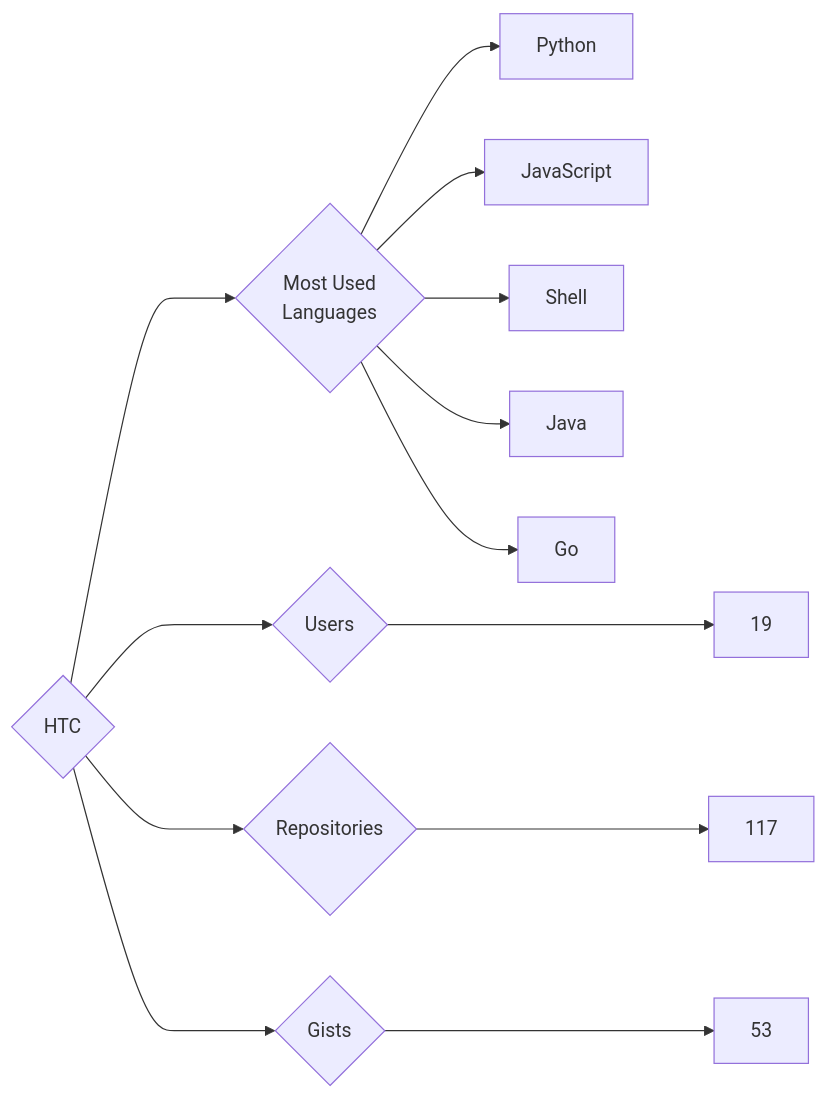
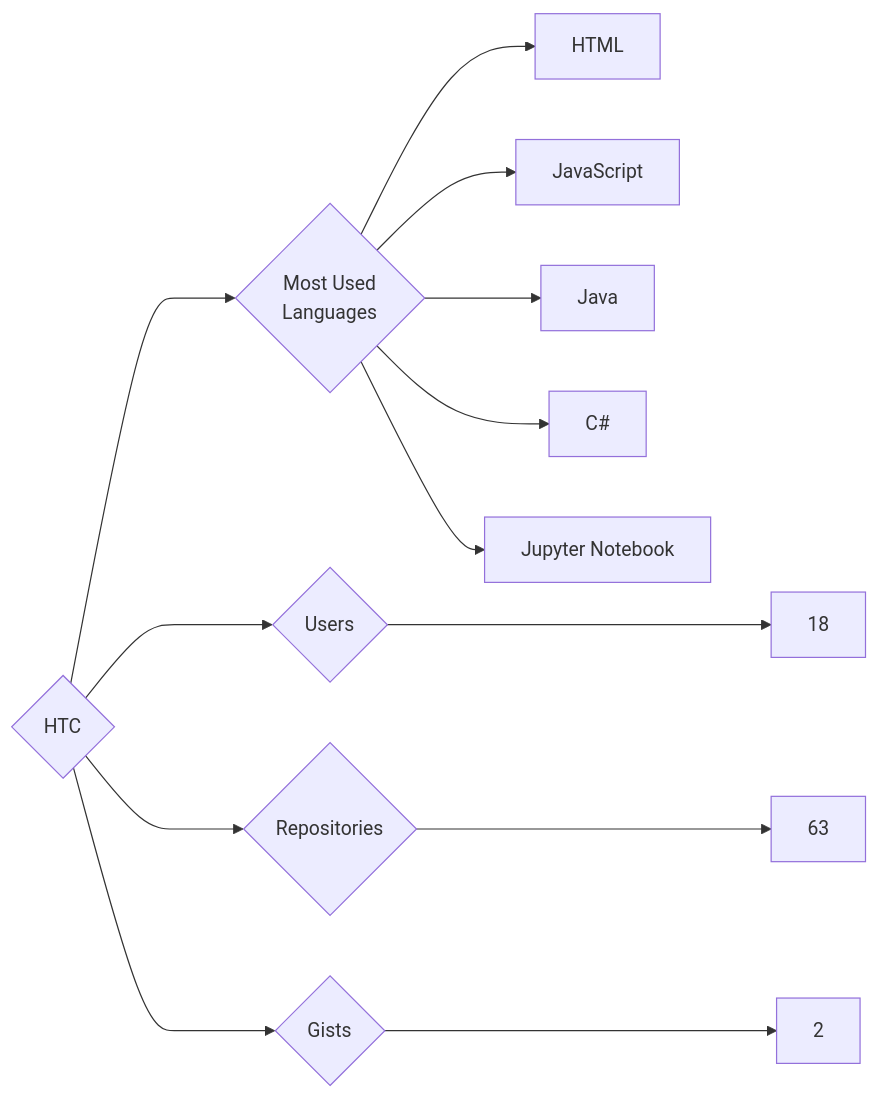
One commit to trickest/insiders changed the diagram in targets/HTC/README.md. Above: the diagram before and after it, drawn with Mermaid. The commit also changed 944 other files, not shown here.

````diff
--- a/targets/HTC/README.md
+++ b/targets/HTC/README.md
@@ -3,13 +3,13 @@
 ```mermaid
 graph LR
 COMPANY_NAME{HTC}
-COMPANY_NAME ---> U{Users} ---> UN[19]
-COMPANY_NAME ---> R{Repositories} ---> RN[117]
-COMPANY_NAME ---> G{Gists} ---> GN[53]
+COMPANY_NAME ---> U{Users} ---> UN[18]
+COMPANY_NAME ---> R{Repositories} ---> RN[63]
+COMPANY_NAME ---> G{Gists} ---> GN[2]
 COMPANY_NAME ---> ML{Most Used<br>Languages}
-ML --> Python[Python]
+ML --> HTML[HTML]
 ML --> JavaScript[JavaScript]
-ML --> Shell[Shell]
 ML --> Java[Java]
-ML --> Go[Go]
+ML --> C#[C#]
+ML --> Jupyter_Notebook[Jupyter Notebook]
 ```
````
